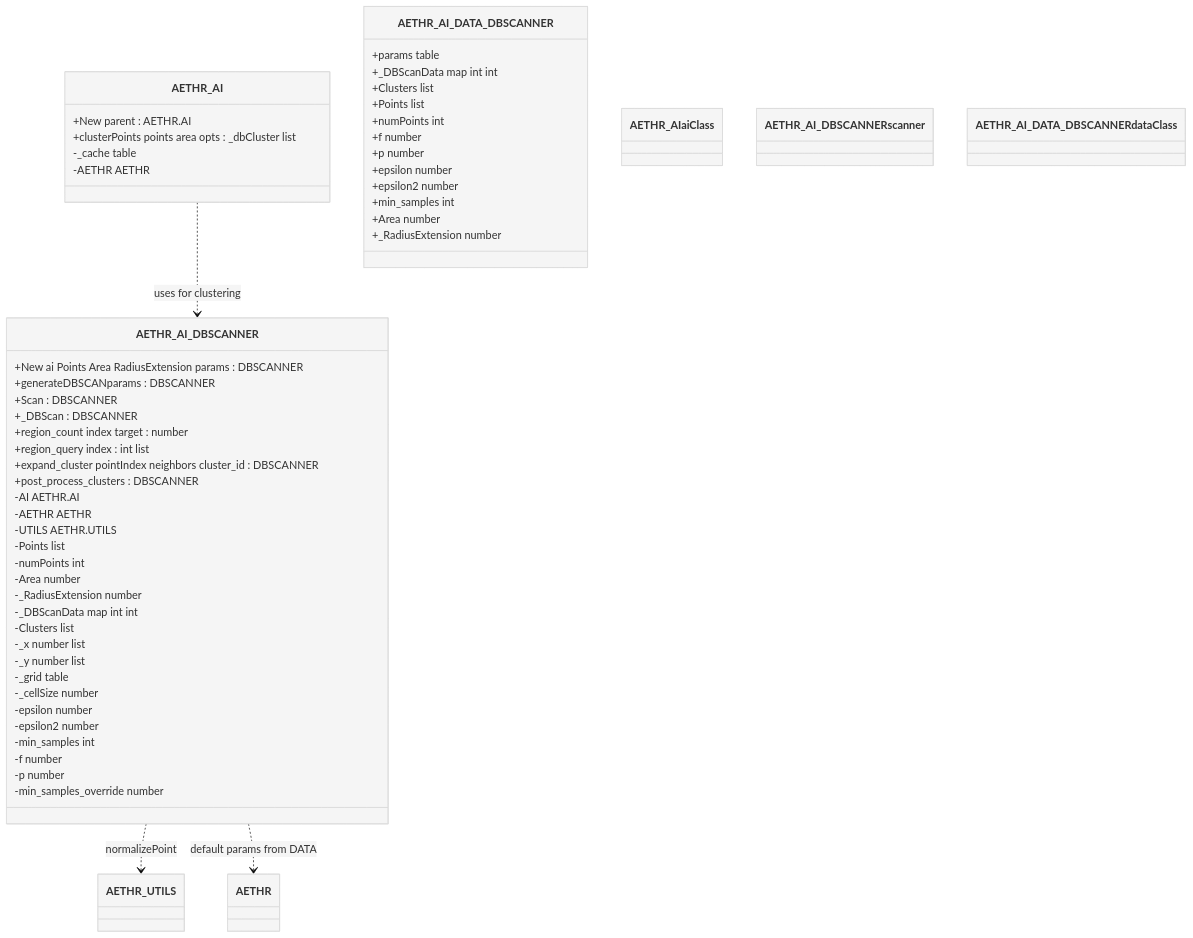
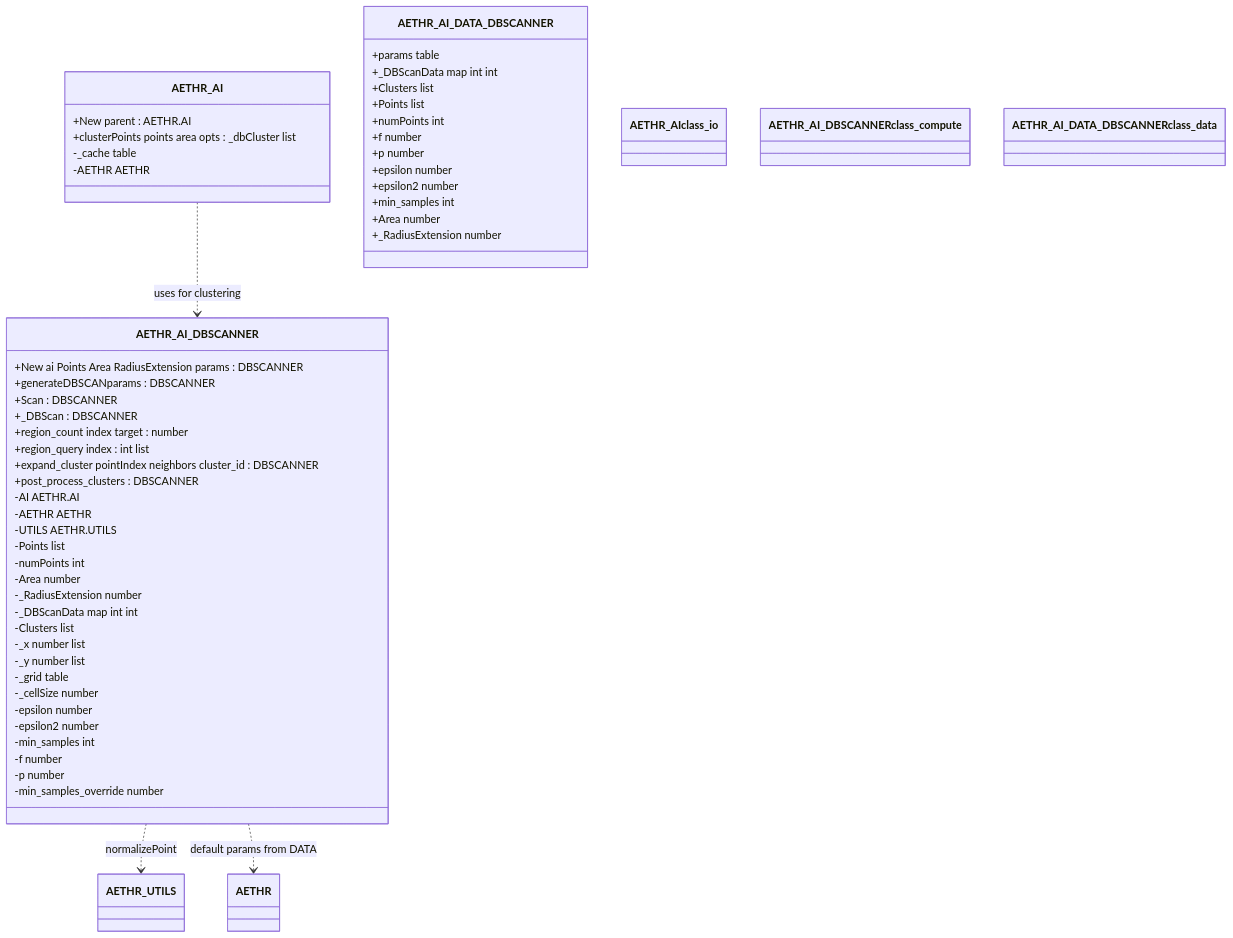
Before and after one commit to Gh0st352/AETHR: the diagram in docs/ai/data_structures.md, drawn with Mermaid. The commit also changed other lines of this file and 3 other files, not shown here.

First line of the commit message:
docs(ai): normalize Mermaid diagrams, headings, and classes

````diff
--- a/docs/ai/data_structures.md
+++ b/docs/ai/data_structures.md
@@ -12,75 +12,71 @@
 ```mermaid
-%%{init: {"theme":"base", "themeVariables": {"primaryColor":"#f5f5f5"}}}%%
+%% shared theme: docs/_mermaid/theme.json %%
 classDiagram
   %% Use safe identifiers (underscores) for class IDs. Legend below maps IDs to dotted names.
   %% Legend:
   %%   AETHR_AI -> "AETHR.AI"
   %%   AETHR_AI_DBSCANNER -> "AETHR.AI.DBSCANNER"
   %%   AETHR_AI_DATA_DBSCANNER -> "AETHR.AI.DATA.DBSCANNER"
 
   class AETHR_AI {
     +New parent : AETHR.AI
     +clusterPoints points area opts : _dbCluster list
     -_cache table
     -AETHR AETHR
   }
 
   class AETHR_AI_DBSCANNER {
     +New ai Points Area RadiusExtension params : DBSCANNER
     +generateDBSCANparams : DBSCANNER
     +Scan : DBSCANNER
     +_DBScan : DBSCANNER
     +region_count index target : number
     +region_query index : int list
     +expand_cluster pointIndex neighbors cluster_id : DBSCANNER
     +post_process_clusters : DBSCANNER
     -AI AETHR.AI
     -AETHR AETHR
     -UTILS AETHR.UTILS
     -Points list
     -numPoints int
     -Area number
     -_RadiusExtension number
     -_DBScanData map int int
     -Clusters list
     -_x number list
     -_y number list
     -_grid table
     -_cellSize number
     -epsilon number
     -epsilon2 number
     -min_samples int
     -f number
     -p number
     -min_samples_override number
   }
 
   class AETHR_AI_DATA_DBSCANNER {
     +params table
     +_DBScanData map int int
     +Clusters list
     +Points list
     +numPoints int
     +f number
     +p number
     +epsilon number
     +epsilon2 number
     +min_samples int
     +Area number
     +_RadiusExtension number
   }
 
   %% Relationships (use safe IDs)
   AETHR_AI ..> AETHR_AI_DBSCANNER : uses for clustering
   AETHR_AI_DBSCANNER ..> AETHR_UTILS : normalizePoint
   AETHR_AI_DBSCANNER ..> AETHR : default params from DATA
 
-  %% Styling for readability
-  classDef aiClass fill:#dae8fc,stroke:#6c8ebf,stroke-width:2px
-  classDef scanner fill:#fff2cc,stroke:#d4b86f,stroke-width:2px
-  classDef dataClass fill:#f5f5f5,stroke:#bfbfbf,stroke-width:2px
-
-  class AETHR_AI aiClass
-  class AETHR_AI_DBSCANNER scanner
-  class AETHR_AI_DATA_DBSCANNER dataClass
+  %% Styling note: styling is provided by docs/_mermaid/theme.json. Use class buckets only.
+  class AETHR_AI class_io
+  class AETHR_AI_DBSCANNER class_compute
+  class AETHR_AI_DATA_DBSCANNER class_data
 ```
````
